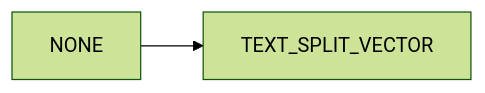
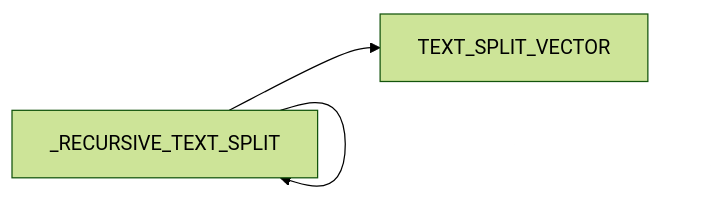
One commit to taruma/feidlambda changed the ninth of 9 diagrams in release/feidlambda-0-3-1.qmd. Above: the diagram before and after it, drawn with Mermaid. The commit also changed other lines of this file and 1 other file, not shown here.

````diff
--- a/release/feidlambda-0-3-1.qmd
+++ b/release/feidlambda-0-3-1.qmd
@@ -853,9 +876,10 @@
 ```{mermaid}
 %%| label: fig-dep-text
 %%| fig-cap: Grafik _dependencies_ kategori `TEXT_*`
 %%| fig-height: 100%
 %%{ init: { 'theme': 'forest' } }%%
 
 flowchart LR
-  NONE --> TEXT_SPLIT_VECTOR
+  _RECURSIVE_TEXT_SPLIT --> _RECURSIVE_TEXT_SPLIT
+  _RECURSIVE_TEXT_SPLIT --> TEXT_SPLIT_VECTOR
 ```
````
